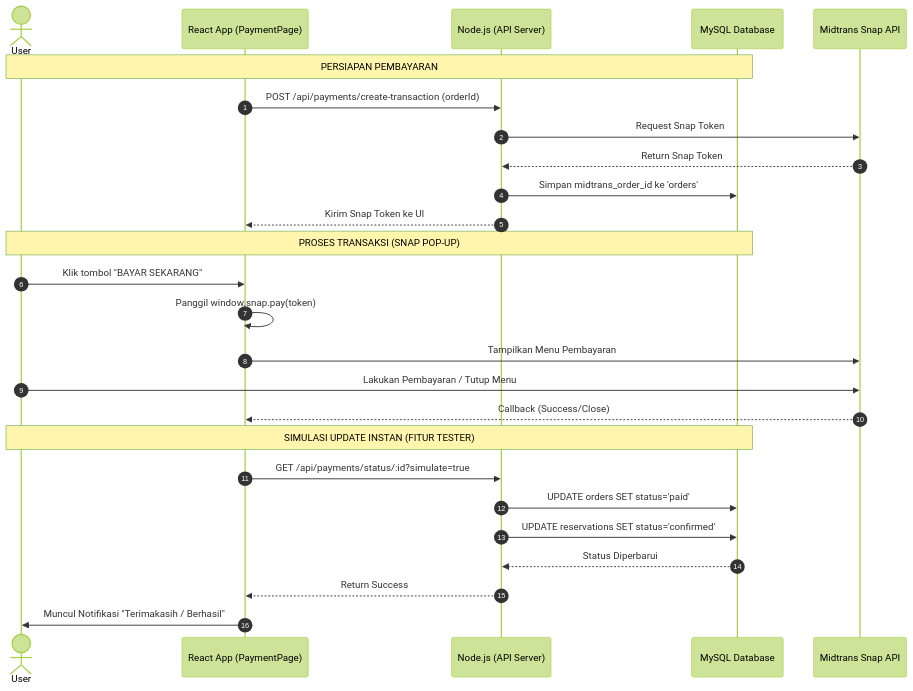
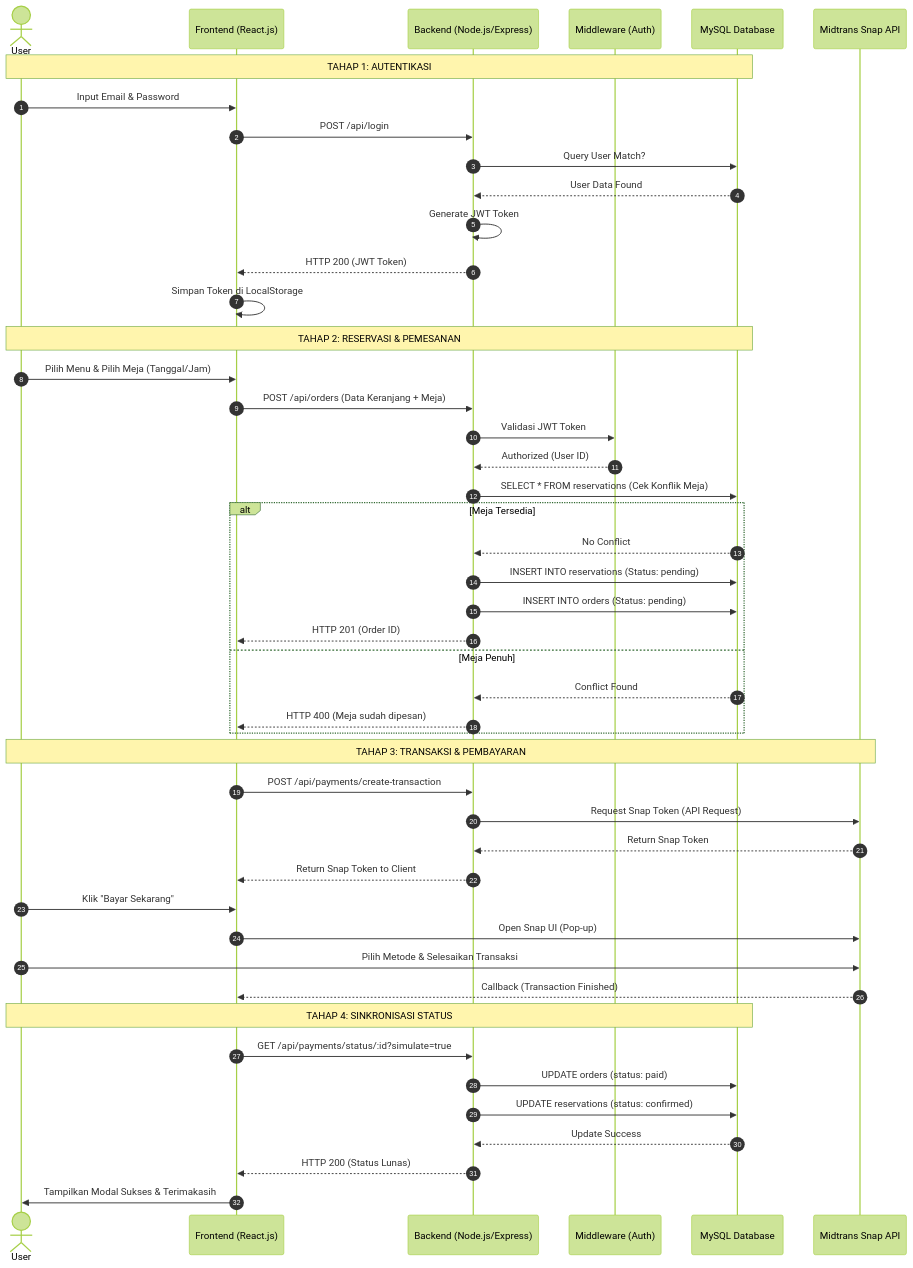
The first of 2 diagrams in DIAGRAM.md (AkbarHusaini/website-reservasi-online-Ineri-suki), drawn with Mermaid (forest theme) before and after one commit. The commit also changed other lines of this file, not shown here.

Commit message:
docs: upgrade to full system sequence diagram for thesis

````diff
--- a/DIAGRAM.md
+++ b/DIAGRAM.md
@@ -8,31 +8,55 @@
 ```mermaid
 sequenceDiagram
     autonumber
     actor User
-    participant Frontend as React App (PaymentPage)
-    participant Backend as Node.js (API Server)
+    participant FE as Frontend (React.js)
+    participant BE as Backend (Node.js/Express)
+    participant JWT as Middleware (Auth)
     participant DB as MySQL Database
-    participant Midtrans as Midtrans Snap API
+    participant PG as Midtrans Snap API
 
-    Note over User, DB: PERSIAPAN PEMBAYARAN
-    Frontend->>Backend: POST /api/payments/create-transaction (orderId)
-    Backend->>Midtrans: Request Snap Token
-    Midtrans-->>Backend: Return Snap Token
-    Backend->>DB: Simpan midtrans_order_id ke 'orders'
-    Backend-->>Frontend: Kirim Snap Token ke UI
+    Note over User, DB: TAHAP 1: AUTENTIKASI
+    User->>FE: Input Email & Password
+    FE->>BE: POST /api/login
+    BE->>DB: Query User Match?
+    DB-->>BE: User Data Found
+    BE->>BE: Generate JWT Token
+    BE-->>FE: HTTP 200 (JWT Token)
+    FE->>FE: Simpan Token di LocalStorage
 
-    Note over User, DB: PROSES TRANSAKSI (SNAP POP-UP)
-    User->>Frontend: Klik tombol "BAYAR SEKARANG"
-    Frontend->>Frontend: Panggil window.snap.pay(token)
-    Frontend->>Midtrans: Tampilkan Menu Pembayaran
-    User->>Midtrans: Lakukan Pembayaran / Tutup Menu
-    Midtrans-->>Frontend: Callback (Success/Close)
+    Note over User, DB: TAHAP 2: RESERVASI & PEMESANAN
+    User->>FE: Pilih Menu & Pilih Meja (Tanggal/Jam)
+    FE->>BE: POST /api/orders (Data Keranjang + Meja)
+    BE->>JWT: Validasi JWT Token
+    JWT-->>BE: Authorized (User ID)
+    
+    BE->>DB: SELECT * FROM reservations (Cek Konflik Meja)
+    alt Meja Tersedia
+        DB-->>BE: No Conflict
+        BE->>DB: INSERT INTO reservations (Status: pending)
+        BE->>DB: INSERT INTO orders (Status: pending)
+        BE-->>FE: HTTP 201 (Order ID)
+    else Meja Penuh
+        DB-->>BE: Conflict Found
+        BE-->>FE: HTTP 400 (Meja sudah dipesan)
+    end
 
-    Note over User, DB: SIMULASI UPDATE INSTAN (FITUR TESTER)
-    Frontend->>Backend: GET /api/payments/status/:id?simulate=true
-    Backend->>DB: UPDATE orders SET status='paid'
-    Backend->>DB: UPDATE reservations SET status='confirmed'
-    DB-->>Backend: Status Diperbarui
-    Backend-->>Frontend: Return Success
-    Frontend->>User: Muncul Notifikasi "Terimakasih / Berhasil"
+    Note over User, PG: TAHAP 3: TRANSAKSI & PEMBAYARAN
+    FE->>BE: POST /api/payments/create-transaction
+    BE->>PG: Request Snap Token (API Request)
+    PG-->>BE: Return Snap Token
+    BE-->>FE: Return Snap Token to Client
+    
+    User->>FE: Klik "Bayar Sekarang"
+    FE->>PG: Open Snap UI (Pop-up)
+    User->>PG: Pilih Metode & Selesaikan Transaksi
+    PG-->>FE: Callback (Transaction Finished)
+
+    Note over User, DB: TAHAP 4: SINKRONISASI STATUS
+    FE->>BE: GET /api/payments/status/:id?simulate=true
+    BE->>DB: UPDATE orders (status: paid)
+    BE->>DB: UPDATE reservations (status: confirmed)
+    DB-->>BE: Update Success
+    BE-->>FE: HTTP 200 (Status Lunas)
+    FE->>User: Tampilkan Modal Sukses & Terimakasih
 ```
````
